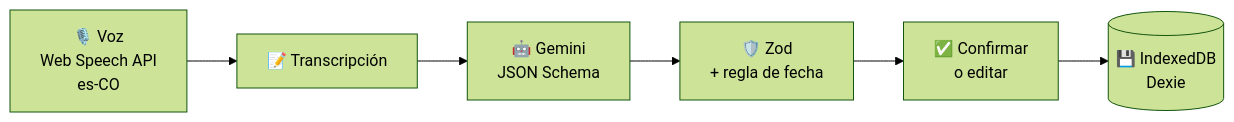
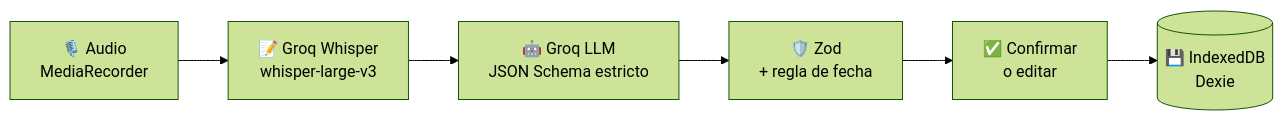
The diagram in README.md (rossesdev/simple), drawn with Mermaid (forest theme) before and after one commit. The commit also changed other lines of this file and 21 other files, not shown here.

First line of the commit message:
migrate voice entry from Web Speech + Gemini to Groq

````diff
--- a/README.md
+++ b/README.md
@@ -53,8 +53,8 @@
 ```mermaid
 flowchart LR
-    A["🎙️ Voz<br/>Web Speech API<br/>es-CO"] --> B["📝 Transcripción"]
-    B --> C["🤖 Gemini<br/>JSON Schema"]
+    A["🎙️ Audio<br/>MediaRecorder"] --> B["📝 Groq Whisper<br/>whisper-large-v3"]
+    B --> C["🤖 Groq LLM<br/>JSON Schema estricto"]
     C --> D["🛡️ Zod<br/>+ regla de fecha"]
     D --> E["✅ Confirmar<br/>o editar"]
     E --> F[("💾 IndexedDB<br/>Dexie")]
 ```
````
